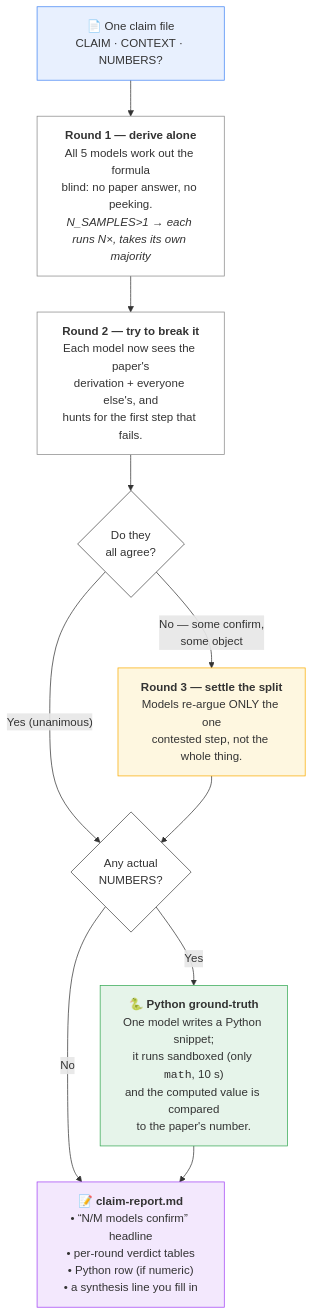
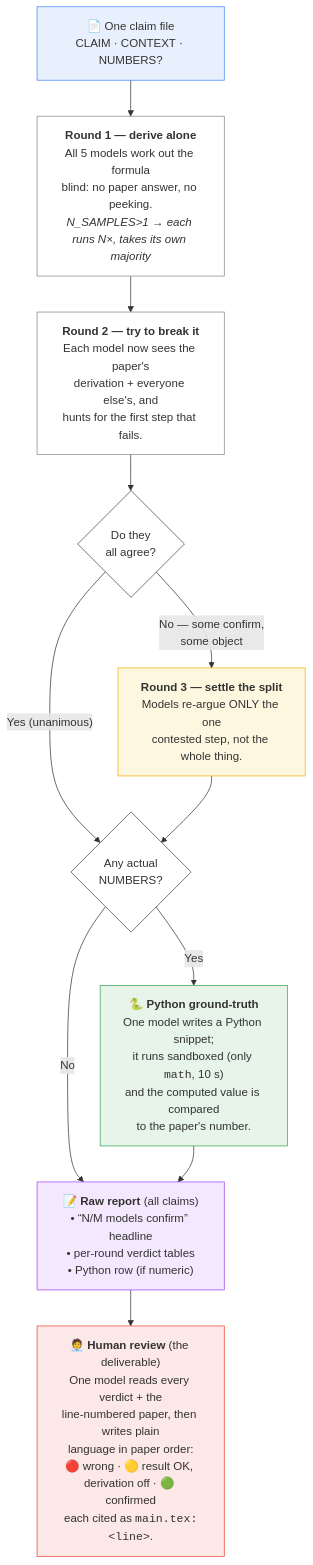
One commit to Lassemind/verify-paper-formulas changed the diagram in README.md. Above: the diagram before and after it, drawn with Mermaid. The commit also changed other lines of this file, not shown here.

First line of the commit message:
README: document the human-review synthesis step (2nd artefact)

````diff
--- a/README.md
+++ b/README.md
@@ -128,28 +135,30 @@
 ```mermaid
 flowchart TD
     A["📄 One claim file<br/>CLAIM · CONTEXT · NUMBERS?"] --> R1
 
     R1["<b>Round 1 — derive alone</b><br/>All 5 models work out the formula<br/>blind: no paper answer, no peeking.<br/><i>N_SAMPLES&gt;1 → each runs N×, takes its own majority</i>"]
     R1 --> R2["<b>Round 2 — try to break it</b><br/>Each model now sees the paper's<br/>derivation + everyone else's, and<br/>hunts for the first step that fails."]
 
     R2 --> Q{"Do they<br/>all agree?"}
     Q -- "Yes (unanimous)" --> NUM
     Q -- "No — some confirm,<br/>some object" --> R3["<b>Round 3 — settle the split</b><br/>Models re-argue ONLY the one<br/>contested step, not the whole thing."]
     R3 --> NUM
 
     NUM{"Any actual<br/>NUMBERS?"}
     NUM -- "Yes" --> PY["🐍 <b>Python ground-truth</b><br/>One model writes a Python snippet;<br/>it runs sandboxed (only <code>math</code>, 10 s)<br/>and the computed value is compared<br/>to the paper's number."]
     NUM -- "No" --> REP
     PY --> REP
 
-    REP["📝 <b>claim-report.md</b><br/>• “N/M models confirm” headline<br/>• per-round verdict tables<br/>• Python row (if numeric)<br/>• a synthesis line you fill in"]
+    REP["📝 <b>Raw report</b> (all claims)<br/>• “N/M models confirm” headline<br/>• per-round verdict tables<br/>• Python row (if numeric)"]
+    REP --> SYN["🧑‍💼 <b>Human review</b> (the deliverable)<br/>One model reads every verdict + the<br/>line-numbered paper, then writes plain<br/>language in paper order:<br/>🔴 wrong · 🟡 result OK, derivation off · 🟢 confirmed<br/>each cited as <code>main.tex:&lt;line&gt;</code>."]
 
     style A fill:#e8f0fe,stroke:#4285f4
     style R1 fill:#ffffff,stroke:#888888
     style R2 fill:#ffffff,stroke:#888888
     style R3 fill:#fef7e0,stroke:#f9ab00
     style PY fill:#e6f4ea,stroke:#34a853
     style REP fill:#f3e8fd,stroke:#a142f4
+    style SYN fill:#fce8e6,stroke:#ea4335
     style Q fill:#ffffff,stroke:#444444
     style NUM fill:#ffffff,stroke:#444444
 ```
````
